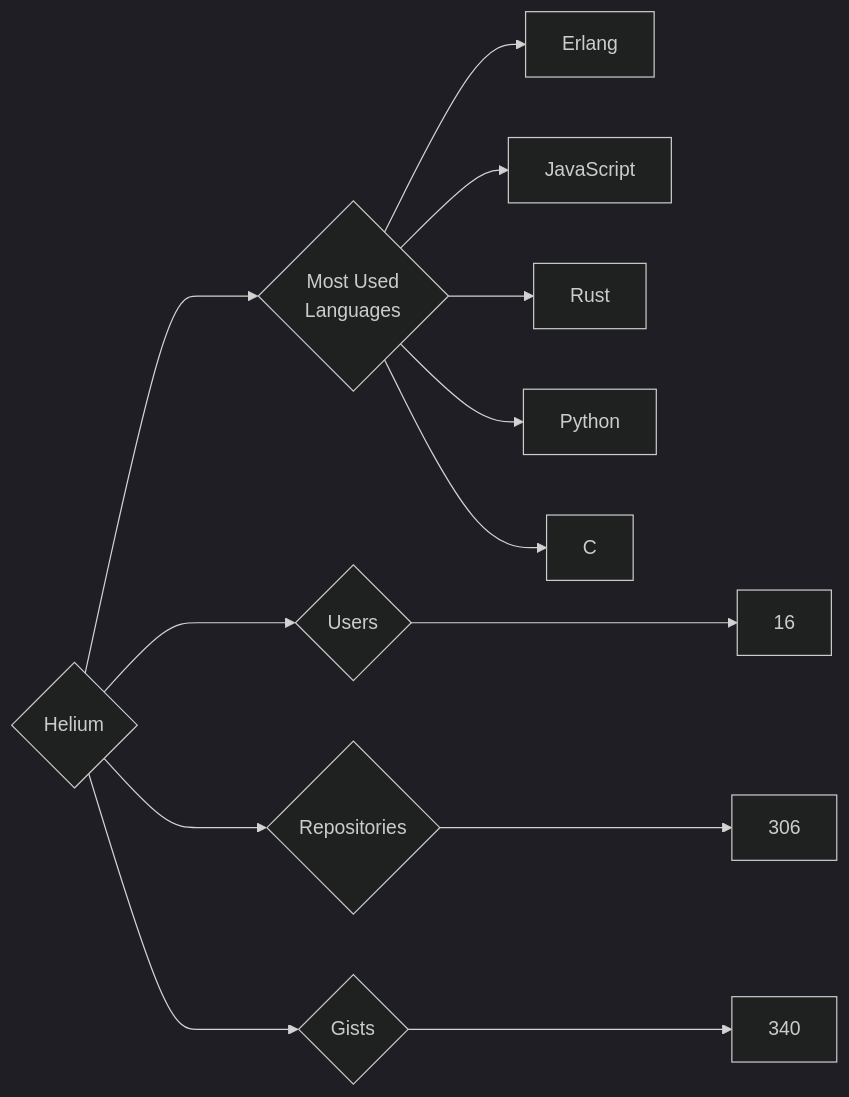
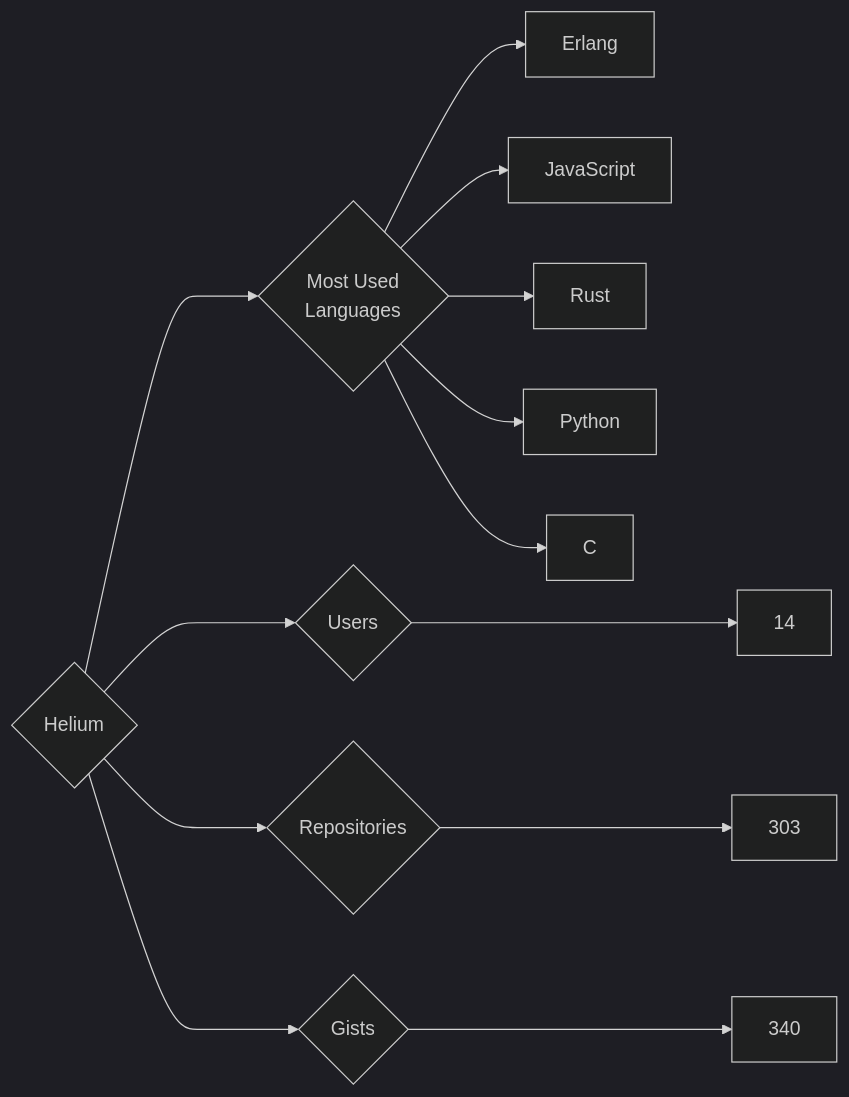
The diagram in targets/Helium/README.md (trickest/insiders), drawn with Mermaid (dark theme) before and after one commit. The commit also changed 838 other files, not shown here.

````diff
--- a/targets/Helium/README.md
+++ b/targets/Helium/README.md
@@ -3,13 +3,13 @@
 ```mermaid
 graph LR
 COMPANY_NAME{Helium}
-COMPANY_NAME ---> U{Users} ---> UN[16]
-COMPANY_NAME ---> R{Repositories} ---> RN[306]
+COMPANY_NAME ---> U{Users} ---> UN[14]
+COMPANY_NAME ---> R{Repositories} ---> RN[303]
 COMPANY_NAME ---> G{Gists} ---> GN[340]
 COMPANY_NAME ---> ML{Most Used<br>Languages}
 ML --> Erlang[Erlang]
 ML --> JavaScript[JavaScript]
 ML --> Rust[Rust]
 ML --> Python[Python]
 ML --> C[C]
 ```
````
